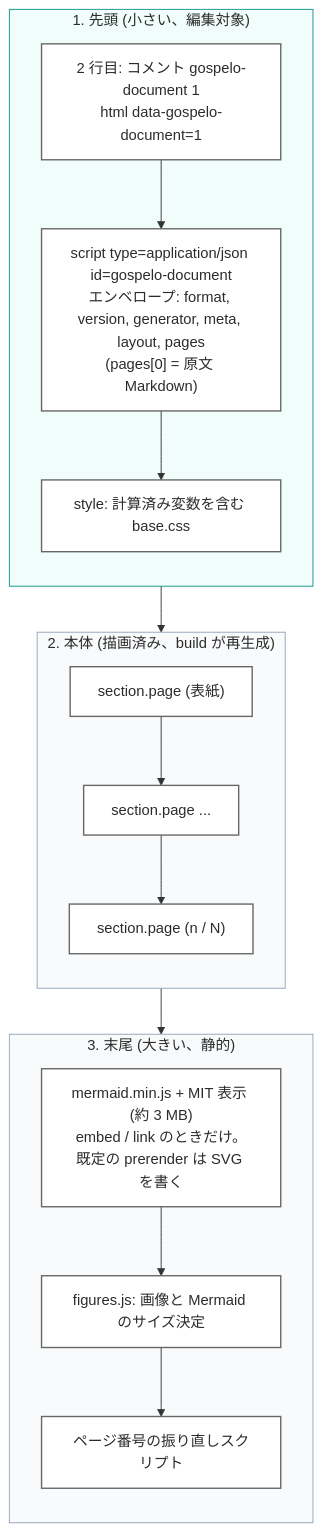
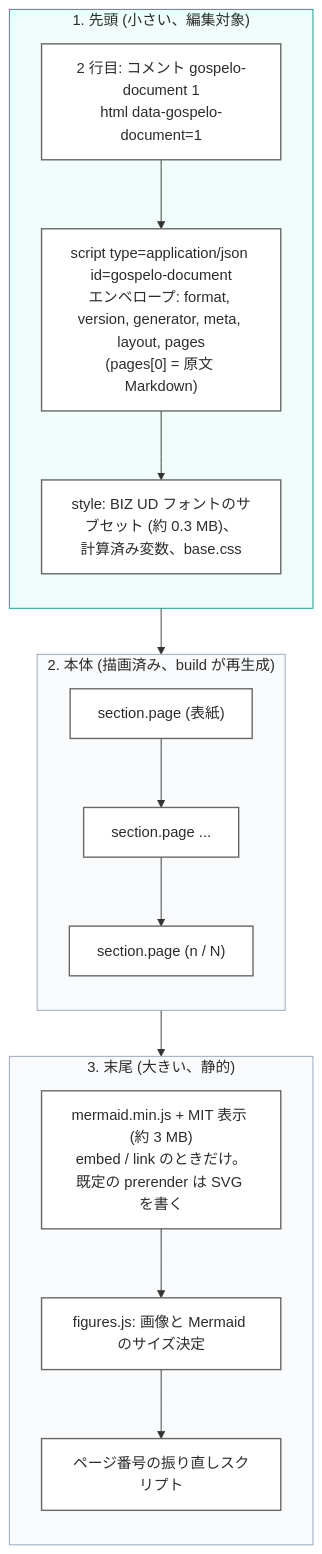
One commit to gospelo-dev/md2html changed the first of 5 diagrams in docs/ARCHITECTURE_ja.md. Above: the diagram before and after it, drawn with Mermaid. The commit also changed other lines of this file and 24 other files, not shown here.

````diff
--- a/docs/ARCHITECTURE_ja.md
+++ b/docs/ARCHITECTURE_ja.md
@@ -21,31 +21,31 @@
 ```mermaid
 flowchart TB
     subgraph Head["1. 先頭 (小さい、編集対象)"]
         direction TB
         SIG["2 行目: コメント gospelo-document 1<br/>html data-gospelo-document=1"]
         ENV["script type=application/json id=gospelo-document<br/>エンベロープ: format, version, generator, meta, layout, pages<br/>(pages[0] = 原文 Markdown)"]
-        S["style: 計算済み変数を含む base.css"]
+        S["style: BIZ UD フォントのサブセット (約 0.3 MB)、<br/>計算済み変数、base.css"]
         SIG --> ENV --> S
     end
     subgraph Body["2. 本体 (描画済み、build が再生成)"]
         direction TB
         P1["section.page (表紙)"]
         P2["section.page ..."]
         Pn["section.page (n / N)"]
         P1 --> P2 --> Pn
     end
     subgraph Tail["3. 末尾 (大きい、静的)"]
         direction TB
         MJ["mermaid.min.js + MIT 表示 (約 3 MB)<br/>embed / link のときだけ。既定の prerender は SVG を書く"]
         F["figures.js: 画像と Mermaid のサイズ決定"]
         N["ページ番号の振り直しスクリプト"]
         MJ --> F --> N
     end
     Head --> Body --> Tail
 
     classDef node fill:#FFFFFF,stroke:#666666,stroke-width:1.5px,color:#2C2C2C
     class SIG,ENV,S,P1,P2,Pn,F,N,MJ node
     style Head fill:#F0FDFA,stroke:#0D9488,color:#2C2C2C
     style Body fill:#F8FAFC,stroke:#94A3B8,color:#2C2C2C
     style Tail fill:#F8FAFC,stroke:#94A3B8,color:#2C2C2C
 ```
````
